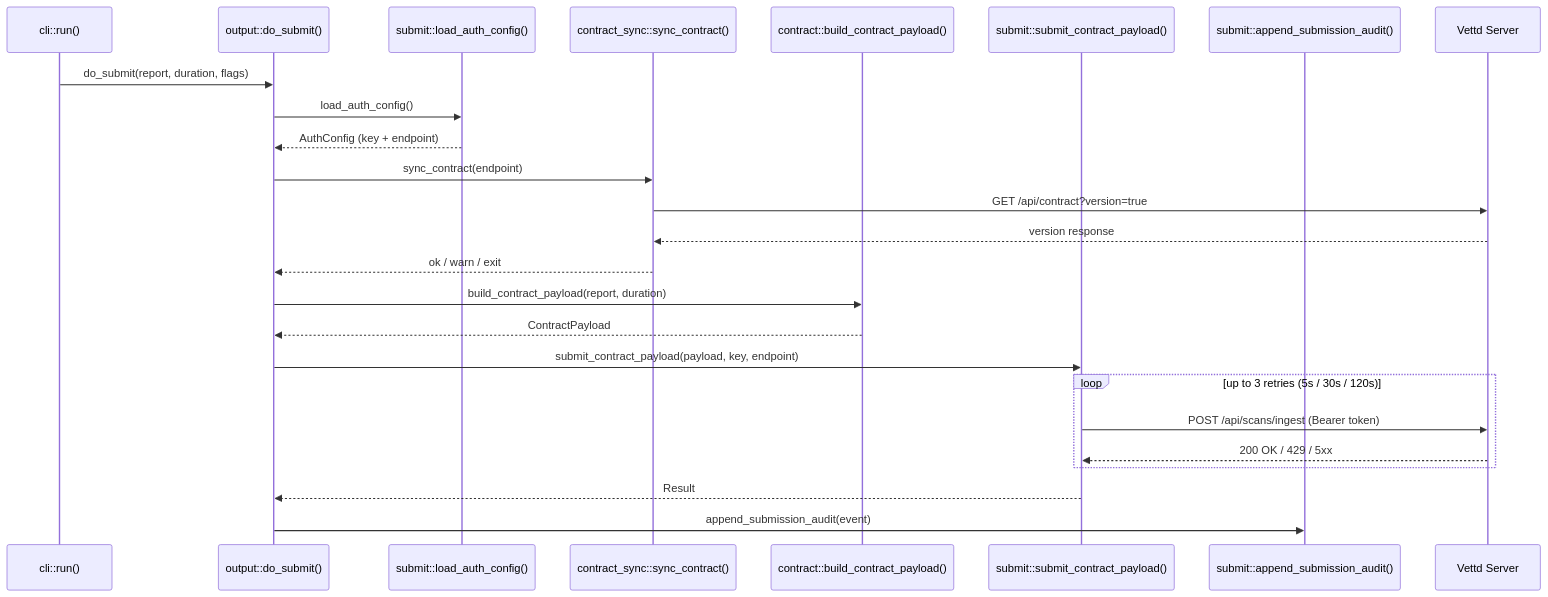
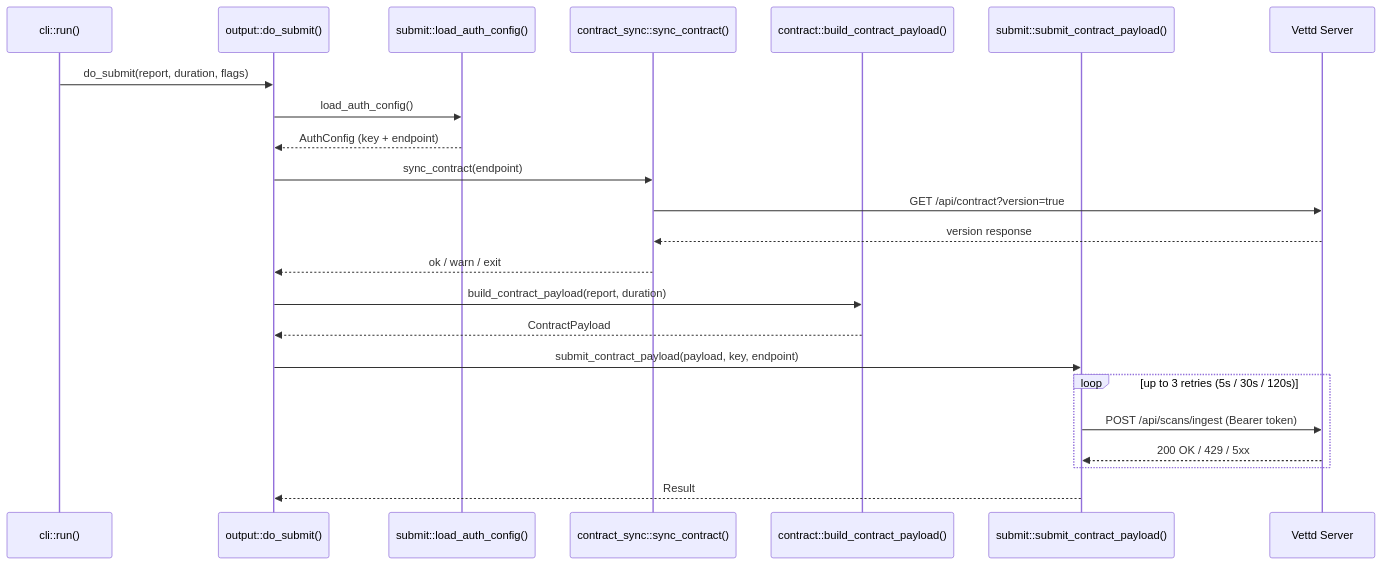
The second of 6 diagrams in docs/c4-level4-code.md (AgenticHighway/proov), drawn with Mermaid before and after one commit. The commit also changed 8 other files, not shown here.

````diff
--- a/docs/c4-level4-code.md
+++ b/docs/c4-level4-code.md
@@ -46,28 +46,26 @@
 ```mermaid
 sequenceDiagram
     participant CLI as cli::run()
     participant Out as output::do_submit()
     participant Auth as submit::load_auth_config()
     participant Sync as contract_sync::sync_contract()
     participant Con as contract::build_contract_payload()
     participant HTTP as submit::submit_contract_payload()
-    participant Audit as submit::append_submission_audit()
     participant Server as Vettd Server
 
     CLI->>Out: do_submit(report, duration, flags)
     Out->>Auth: load_auth_config()
     Auth-->>Out: AuthConfig (key + endpoint)
     Out->>Sync: sync_contract(endpoint)
     Sync->>Server: GET /api/contract?version=true
     Server-->>Sync: version response
     Sync-->>Out: ok / warn / exit
     Out->>Con: build_contract_payload(report, duration)
     Con-->>Out: ContractPayload
     Out->>HTTP: submit_contract_payload(payload, key, endpoint)
     loop up to 3 retries (5s / 30s / 120s)
         HTTP->>Server: POST /api/scans/ingest (Bearer token)
         Server-->>HTTP: 200 OK / 429 / 5xx
     end
     HTTP-->>Out: Result
-    Out->>Audit: append_submission_audit(event)
 ```
````
